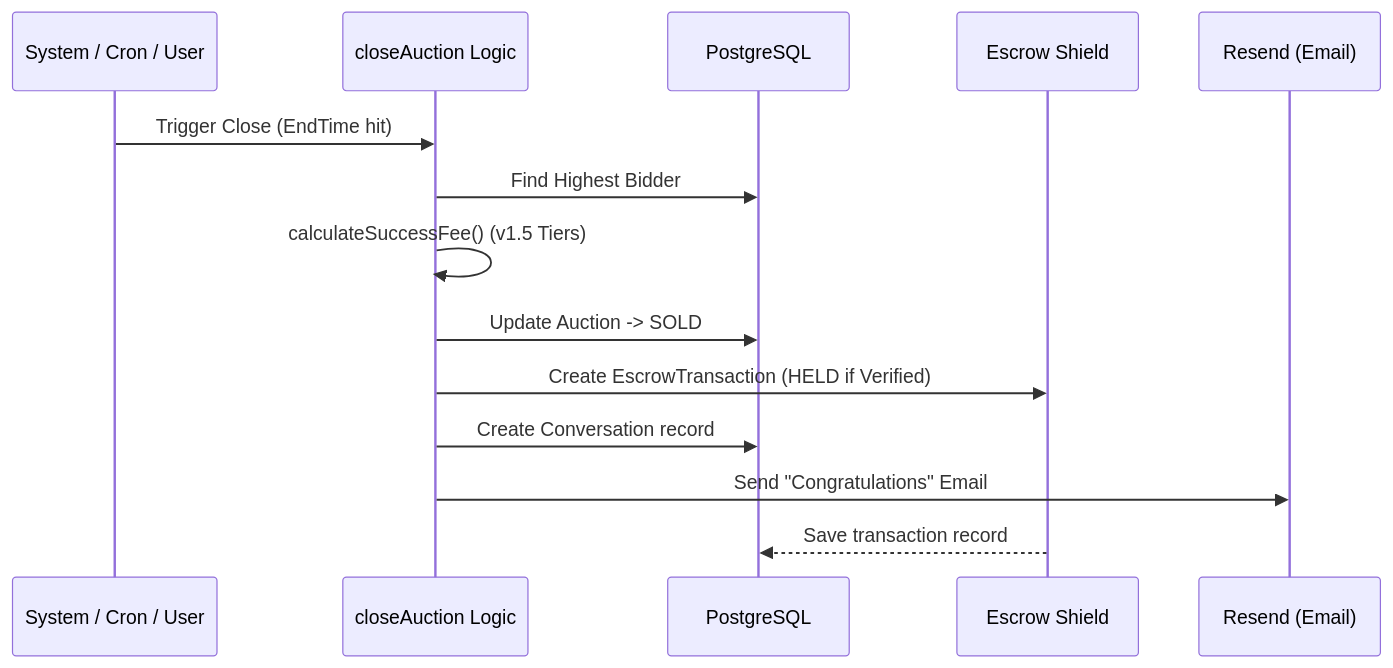
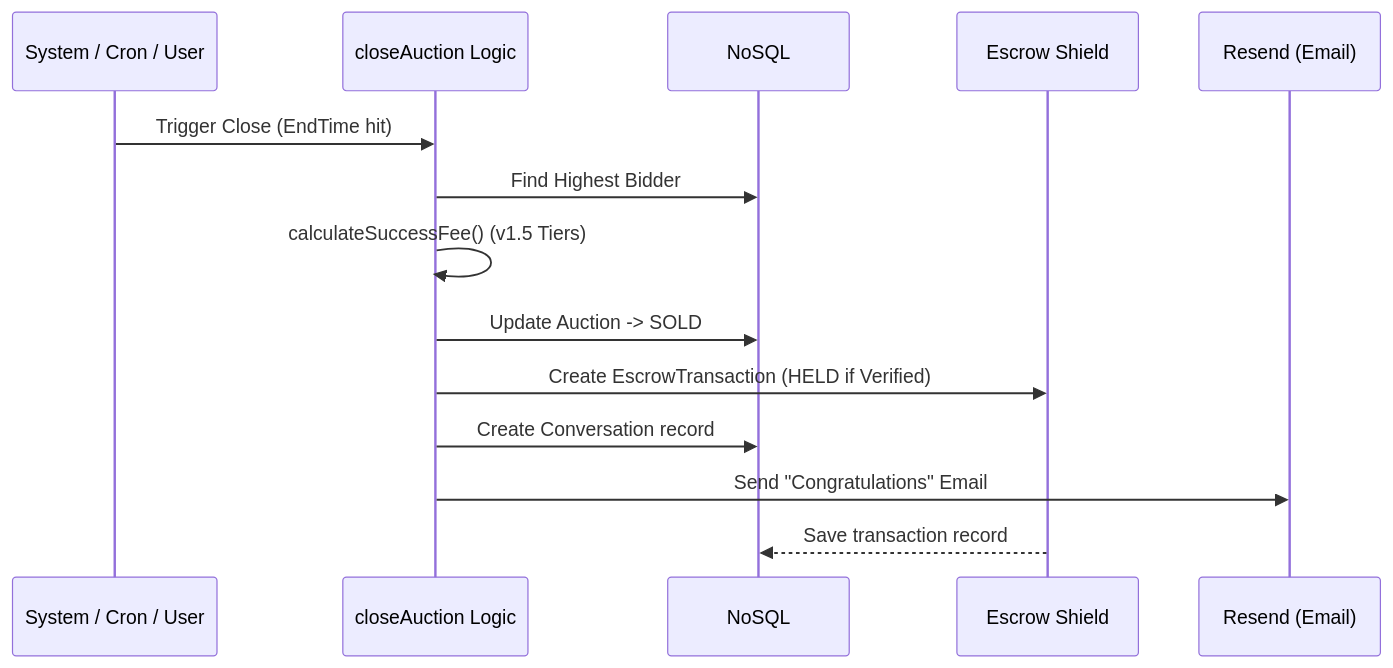
One commit to Sayem9999/nilamit.com changed the third of 5 diagrams in docs/flow.md. Above: the diagram before and after it, drawn with Mermaid. The commit also changed other lines of this file and 19 other files, not shown here.

````diff
--- a/docs/flow.md
+++ b/docs/flow.md
@@ -68,17 +68,17 @@
 ```mermaid
 sequenceDiagram
     participant Sys as System / Cron / User
     participant CA as closeAuction Logic
-    participant DB as PostgreSQL
+    participant DB as NoSQL
     participant ESC as Escrow Shield
     participant RES as Resend (Email)
     
     Sys->>CA: Trigger Close (EndTime hit)
     CA->>DB: Find Highest Bidder
     CA->>CA: calculateSuccessFee() (v1.5 Tiers)
     CA->>DB: Update Auction -> SOLD
     CA->>ESC: Create EscrowTransaction (HELD if Verified)
     CA->>DB: Create Conversation record
     CA->>RES: Send "Congratulations" Email
     ESC-->>DB: Save transaction record
 ```
````
